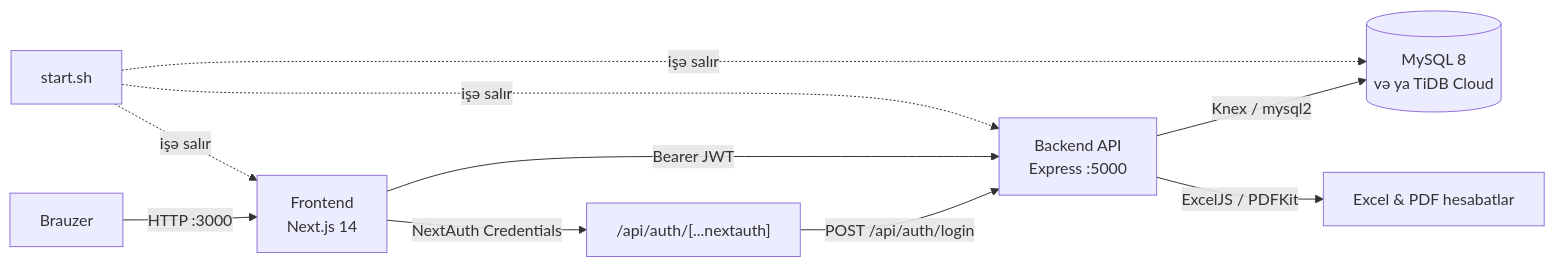
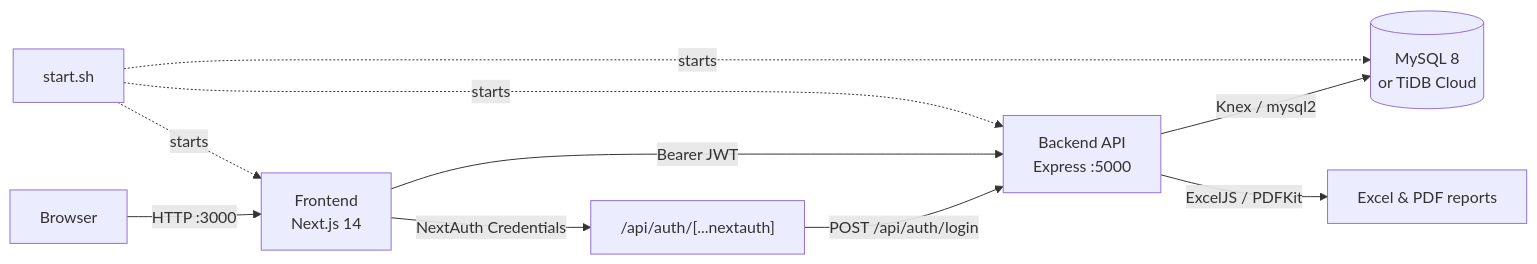
Before and after one commit to Elsen001/InsurApp: the diagram in README.md, drawn with Mermaid. The commit also changed other lines of this file and 2 other files, not shown here.

````diff
--- a/README.md
+++ b/README.md
@@ -73,12 +75,12 @@
 ```mermaid
 flowchart LR
-    B[Brauzer] -->|HTTP :3000| F["Frontend<br/>Next.js 14"]
+    B[Browser] -->|HTTP :3000| F["Frontend<br/>Next.js 14"]
     F -->|NextAuth Credentials| N["/api/auth/[...nextauth]"]
     N -->|POST /api/auth/login| A["Backend API<br/>Express :5000"]
     F -->|Bearer JWT| A
-    A -->|Knex / mysql2| D[("MySQL 8<br/>və ya TiDB Cloud")]
-    A -->|ExcelJS / PDFKit| E[Excel & PDF hesabatlar]
-    S[start.sh] -.->|işə salır| F
-    S -.->|işə salır| A
-    S -.->|işə salır| D
+    A -->|Knex / mysql2| D[("MySQL 8<br/>or TiDB Cloud")]
+    A -->|ExcelJS / PDFKit| E[Excel & PDF reports]
+    S[start.sh] -.->|starts| F
+    S -.->|starts| A
+    S -.->|starts| D
 ```
````
